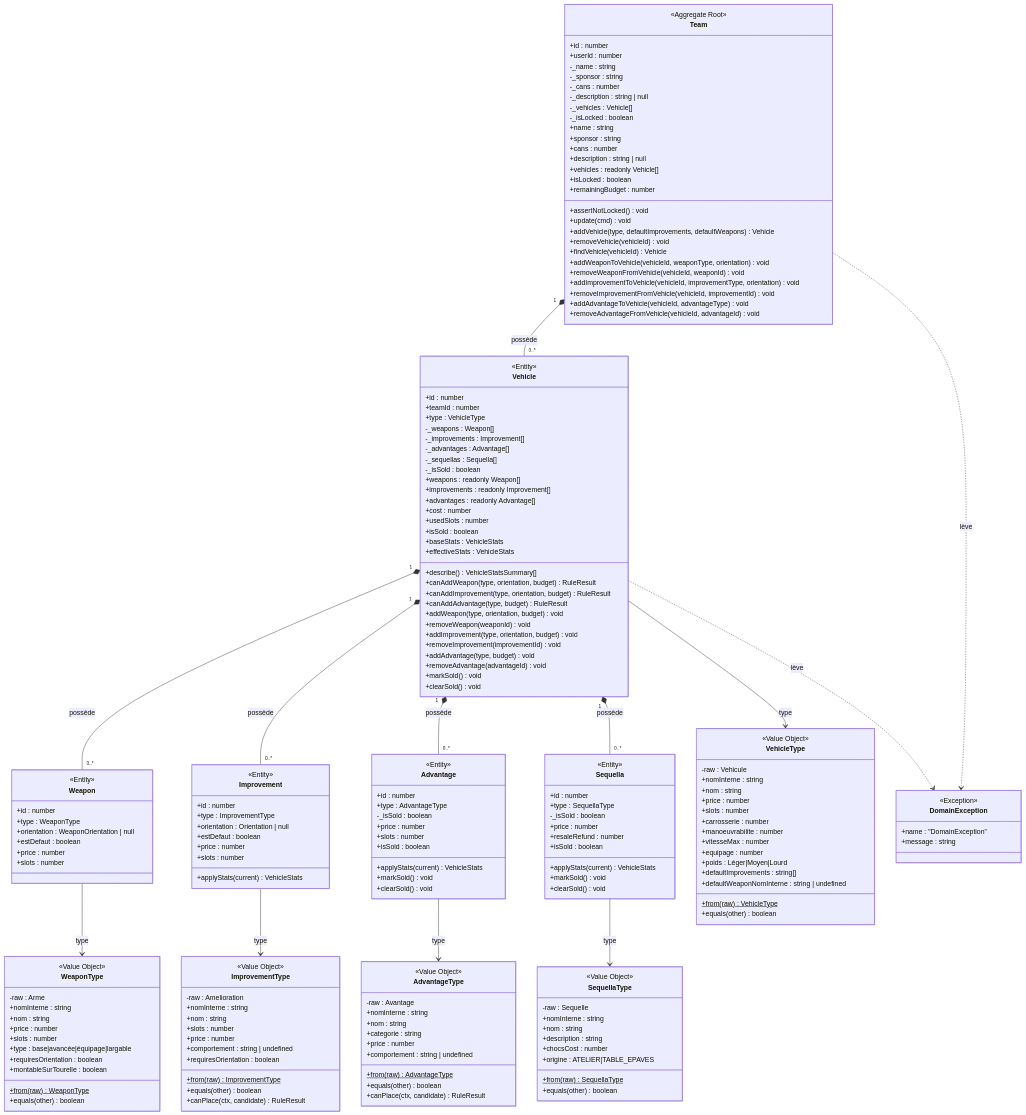
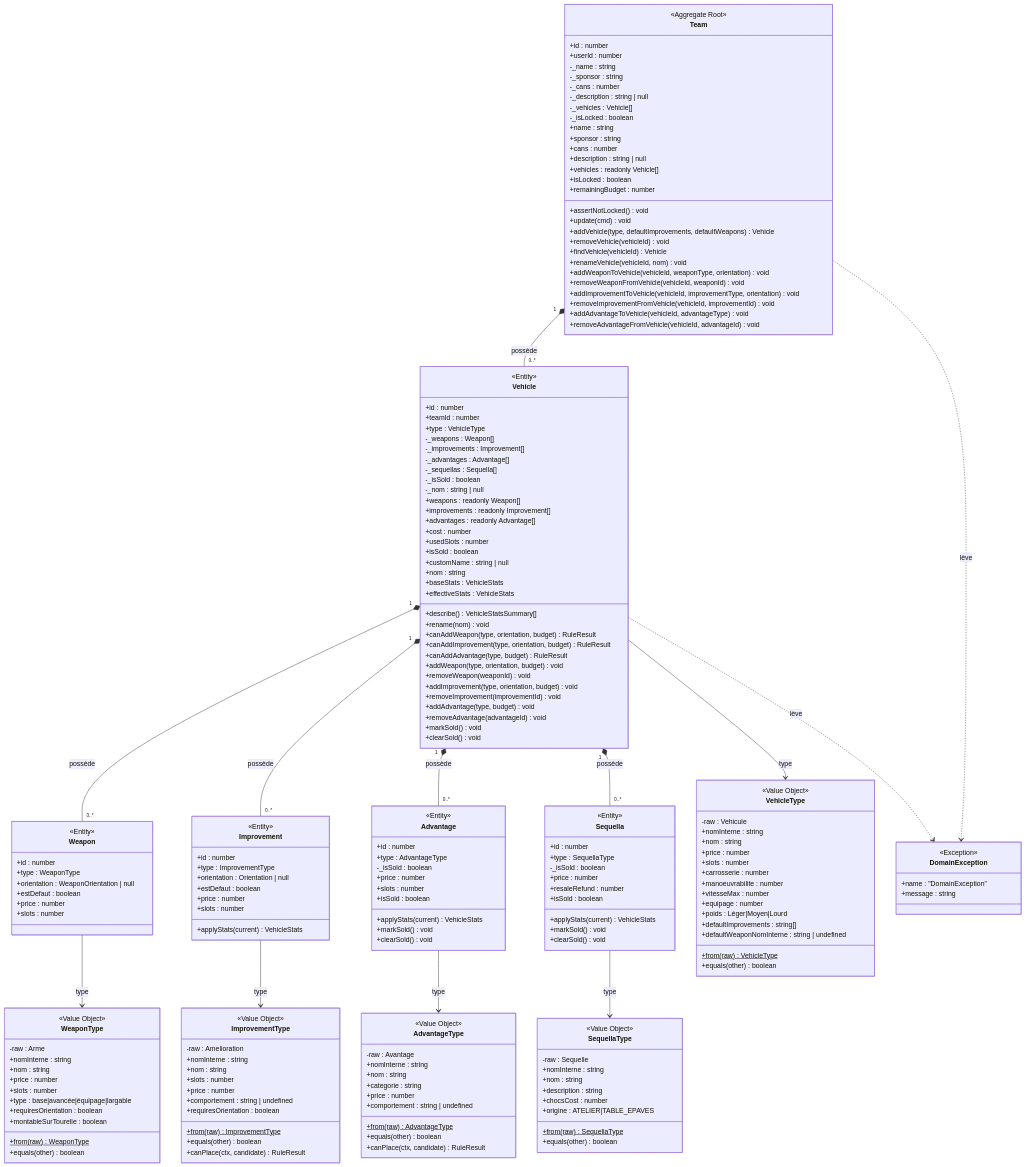
One commit to arnaudbracchetti/gaslands-manager changed the first of 4 diagrams in docs/DOMAIN_MODEL.md. Above: the diagram before and after it, drawn with Mermaid. The commit also changed other lines of this file and 68 other files, not shown here.

```diff
--- a/docs/DOMAIN_MODEL.md
+++ b/docs/DOMAIN_MODEL.md
@@ -42,6 +42,7 @@
         +addVehicle(type, defaultImprovements, defaultWeapons) Vehicle
         +removeVehicle(vehicleId) void
         +findVehicle(vehicleId) Vehicle
+        +renameVehicle(vehicleId, nom) void
         +addWeaponToVehicle(vehicleId, weaponType, orientation) void
         +removeWeaponFromVehicle(vehicleId, weaponId) void
         +addImprovementToVehicle(vehicleId, improvementType, orientation) void
@@ -60,15 +61,19 @@
         -_advantages : Advantage[]
         -_sequellas : Sequella[]
         -_isSold : boolean
+        -_nom : string | null
         +weapons : readonly Weapon[]
         +improvements : readonly Improvement[]
         +advantages : readonly Advantage[]
         +cost : number
         +usedSlots : number
         +isSold : boolean
+        +customName : string | null
+        +nom : string
         +baseStats : VehicleStats
         +effectiveStats : VehicleStats
         +describe() VehicleStatsSummary[]
+        +rename(nom) void
         +canAddWeapon(type, orientation, budget) RuleResult
         +canAddImprovement(type, orientation, budget) RuleResult
         +canAddAdvantage(type, budget) RuleResult
```
